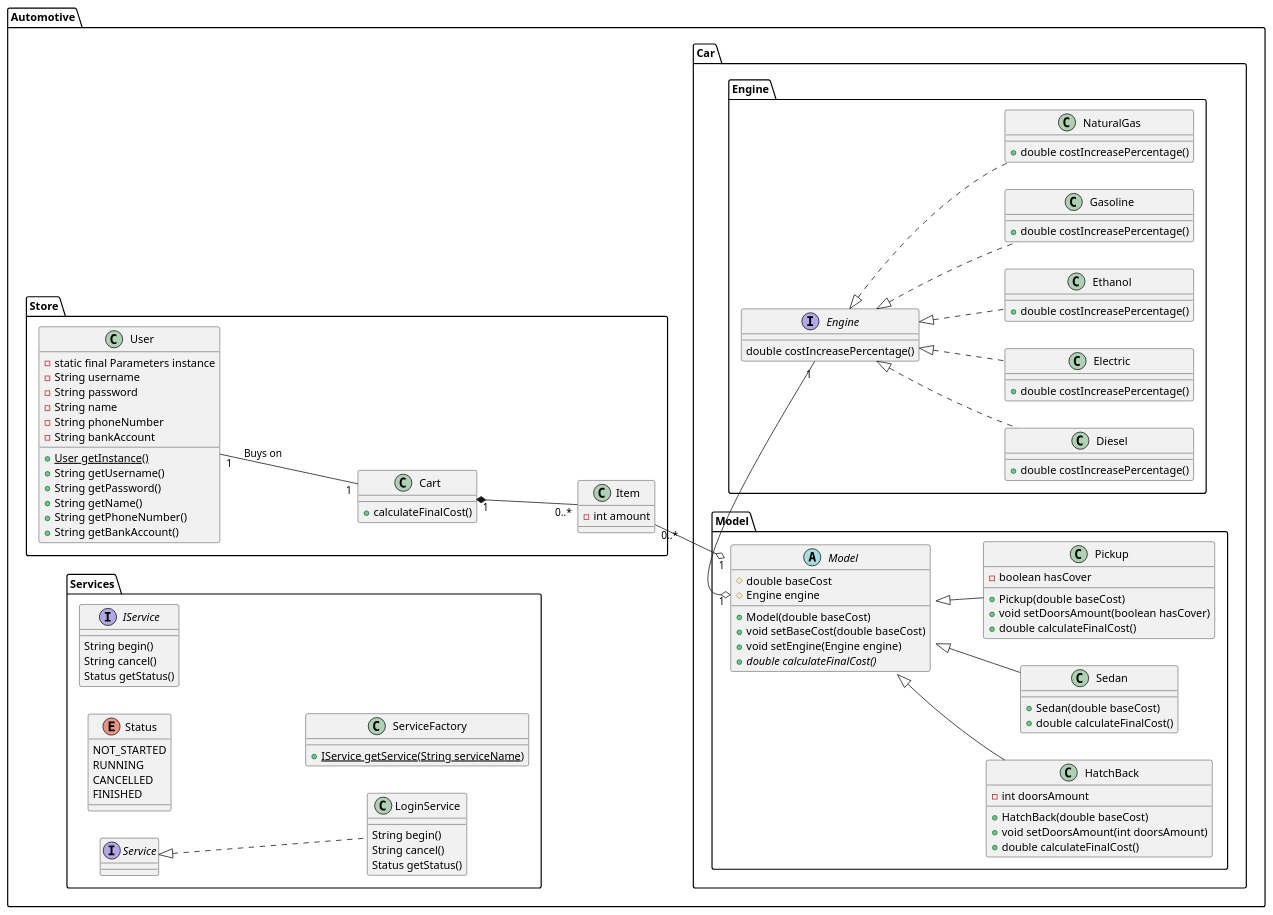
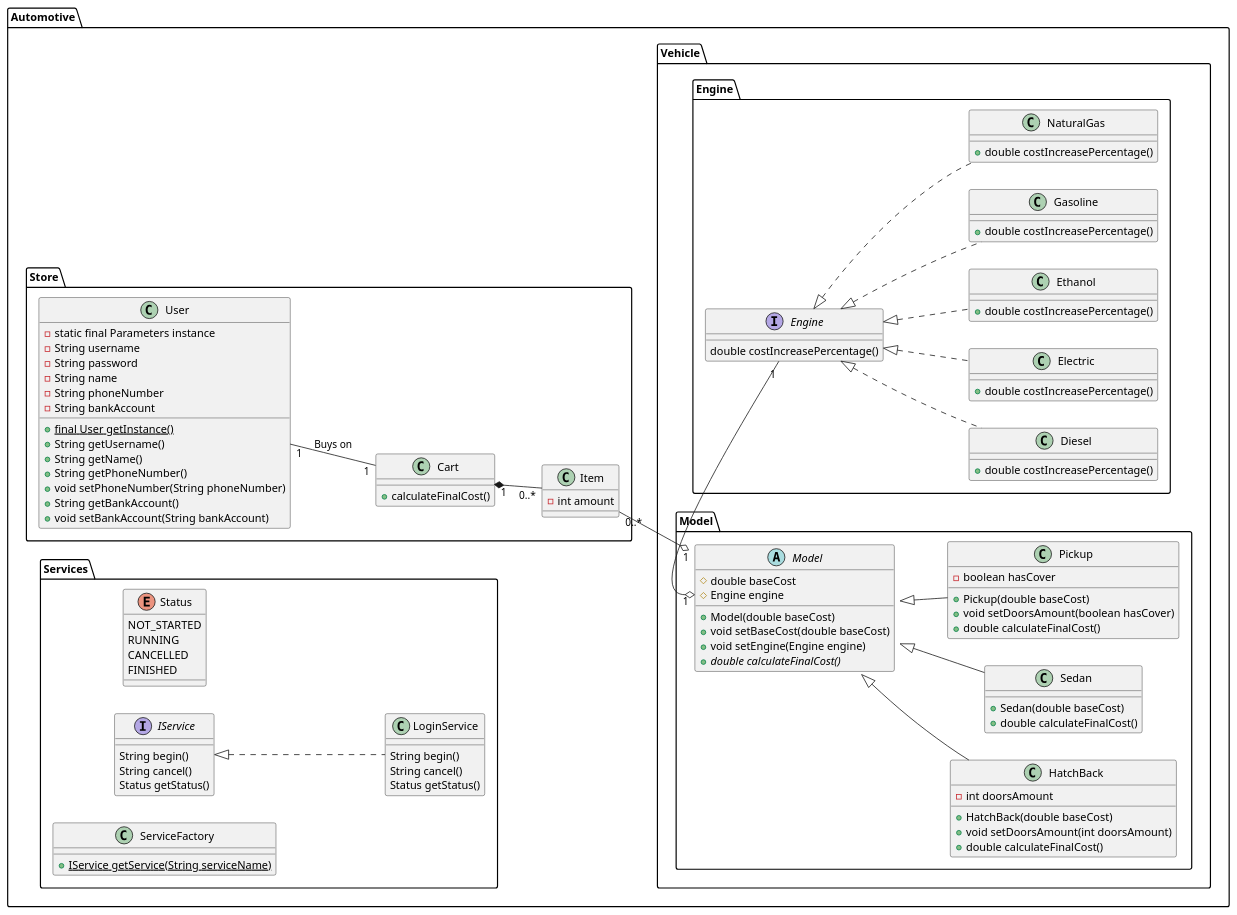
Before and after one commit to gabdumal/dcc078_assignment1: the diagram in src/main/java/assignments/automotive/ClassDiagram.puml, drawn with PlantUML. The commit also changed 17 other files, not shown here.

Commit message:
Assignment 1: Create and test Login Service

```diff
--- a/src/main/java/assignments/automotive/ClassDiagram.puml
+++ b/src/main/java/assignments/automotive/ClassDiagram.puml
@@ -1,133 +1,134 @@
 @startuml
 'https://plantuml.com/class-diagram
 
 left to right direction
 
 package automotive_package as "Automotive" {
 
-    package car_package as "Car" {
+    package vehicle_package as "Vehicle" {
 
         package engine_package as "Engine" {
 
             interface Engine {
                 double costIncreasePercentage()
             }
 
             class Diesel implements Engine {
                 + double costIncreasePercentage()
             }
 
             class Electric implements Engine {
                 + double costIncreasePercentage()
             }
 
             class Ethanol implements Engine {
                 + double costIncreasePercentage()
             }
 
             class Gasoline implements Engine {
                 + double costIncreasePercentage()
             }
 
             class NaturalGas implements Engine {
                 + double costIncreasePercentage()
             }
 
         }
 
         package model_package as "Model" {
 
             abstract class Model {
                 # double baseCost
                 # Engine engine
                 + Model(double baseCost)
                 + void setBaseCost(double baseCost)
                 + void setEngine(Engine engine)
                 + {abstract} double calculateFinalCost()
             }
             Model::engine "1" o- "1" Engine
 
             class HatchBack extends Model {
                 - int doorsAmount
                 + HatchBack(double baseCost)
                 + void setDoorsAmount(int doorsAmount)
                 + double calculateFinalCost()
             }
 
             class Sedan extends Model {
                 + Sedan(double baseCost)
                 + double calculateFinalCost()
             }
 
             class Pickup extends Model {
                 - boolean hasCover
                 + Pickup(double baseCost)
                 + void setDoorsAmount(boolean hasCover)
                 + double calculateFinalCost()
             }
 
         }
 
     }
 
     package store_package as "Store" {
 
         class Item {
             - int amount
         }
         Item "0..*" --o "1" Model
 
         class Cart {
             + calculateFinalCost()
         }
         Cart "1" *-- "0..*" Item
 
         class User {
             - static final Parameters instance
             - String username
             - String password
             - String name
             - String phoneNumber
             - String bankAccount
 
-            + {static} User getInstance()
+            + {static} final User getInstance()
             + String getUsername()
-            + String getPassword()
             + String getName()
             + String getPhoneNumber()
+            + void setPhoneNumber(String phoneNumber)
             + String getBankAccount()
+            + void setBankAccount(String bankAccount)
         }
         User "1" -- "1" Cart : "Buys on"
 
     }
 
     package services_package as "Services" {
 
         enum Status {
             NOT_STARTED
             RUNNING
             CANCELLED
             FINISHED
         }
 
         interface IService {
             String begin()
             String cancel()
             Status getStatus()
         }
 
         class ServiceFactory {
             + {static} IService getService(String serviceName)
         }
 
-        class LoginService implements Service {
+        class LoginService implements IService {
             String begin()
             String cancel()
             Status getStatus()
         }
 
     }
 
 }
 
 @enduml
```
